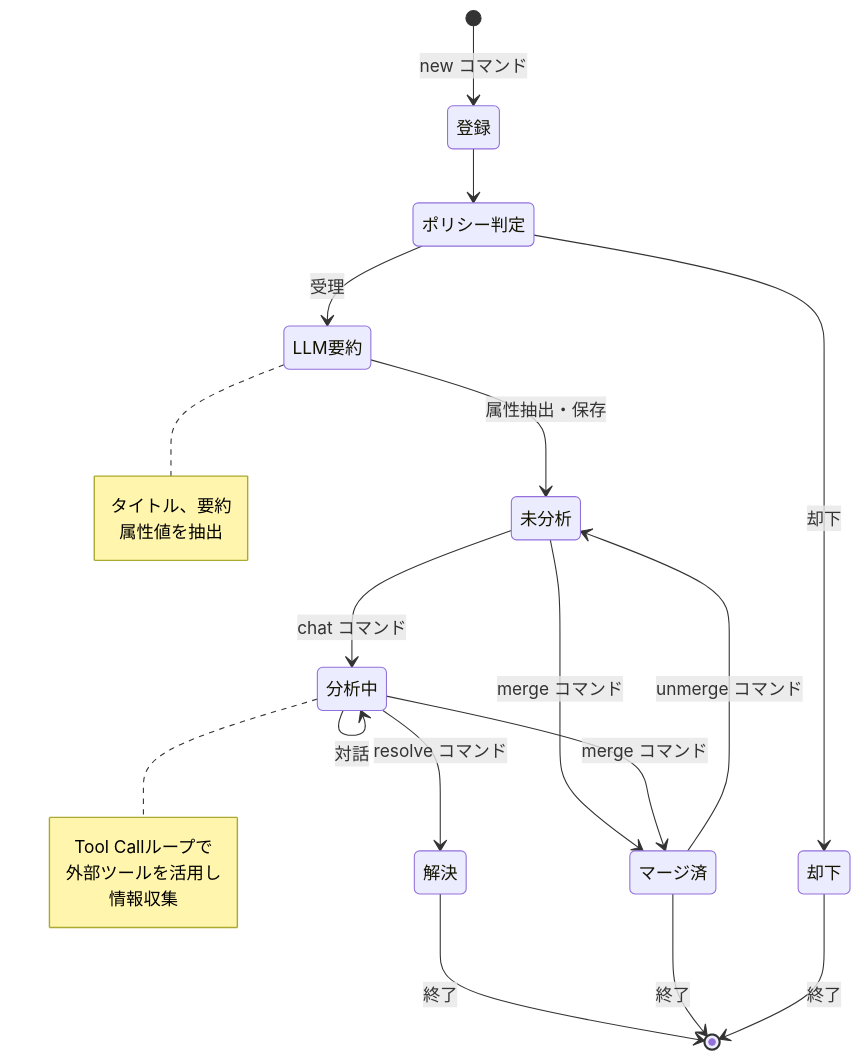
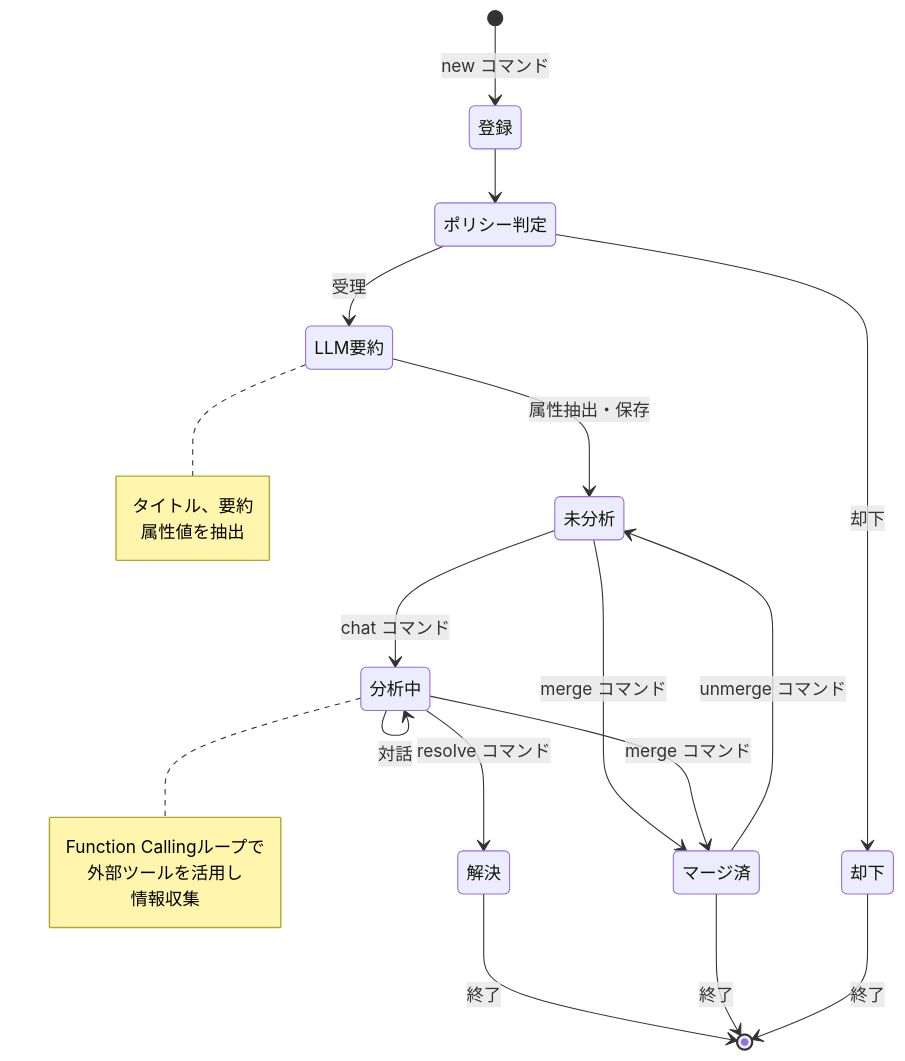
Before and after one commit to m-mizutani/advcal2025: the fourth of 4 diagrams in articles/sec-agent-03-architecture.md, drawn with Mermaid. The commit also changed other lines of this file and 2 other files, not shown here.

Commit message:
docs: update terminology from "Tool Call" to "Function Calling" for consistency across articles

````diff
--- a/articles/sec-agent-03-architecture.md
+++ b/articles/sec-agent-03-architecture.md
@@ -358,28 +358,28 @@
 ```mermaid
 stateDiagram-v2
     [*] --> 登録: new コマンド
     登録 --> ポリシー判定
     ポリシー判定 --> LLM要約: 受理
     ポリシー判定 --> 却下: 却下
     LLM要約 --> 未分析: 属性抽出・保存
     未分析 --> 分析中: chat コマンド
     分析中 --> 分析中: 対話
     分析中 --> 解決: resolve コマンド
     未分析 --> マージ済: merge コマンド
     分析中 --> マージ済: merge コマンド
     マージ済 --> 未分析: unmerge コマンド
     解決 --> [*]: 終了
     マージ済 --> [*]: 終了
     却下 --> [*]: 終了
 
     note right of LLM要約
         タイトル、要約
         属性値を抽出
     end note
 
     note right of 分析中
-        Tool Callループで
+        Function Callingループで
         外部ツールを活用し
         情報収集
     end note
 ```
````
